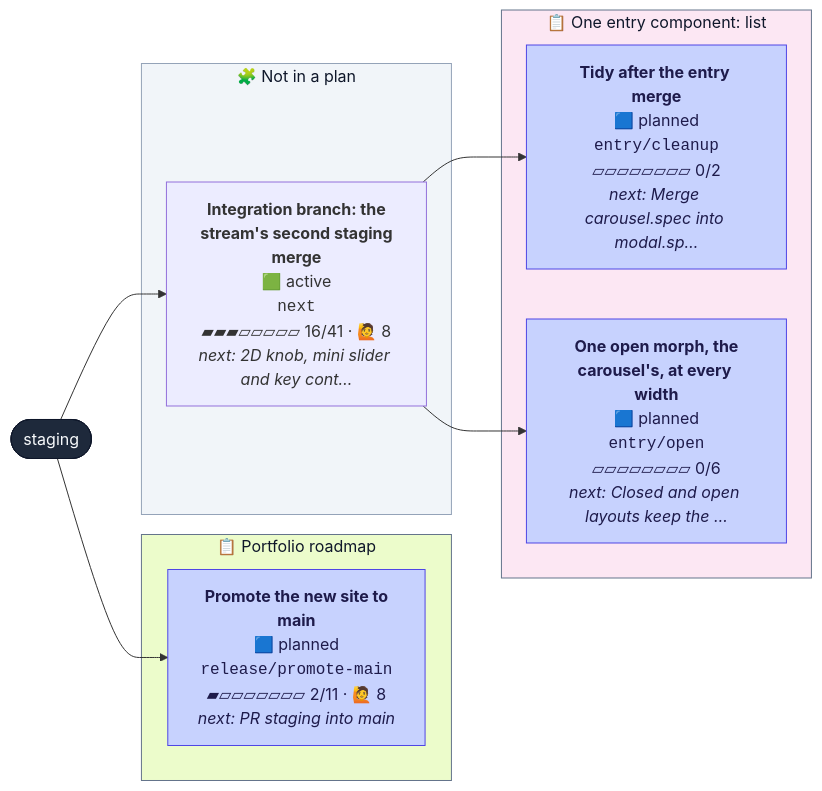
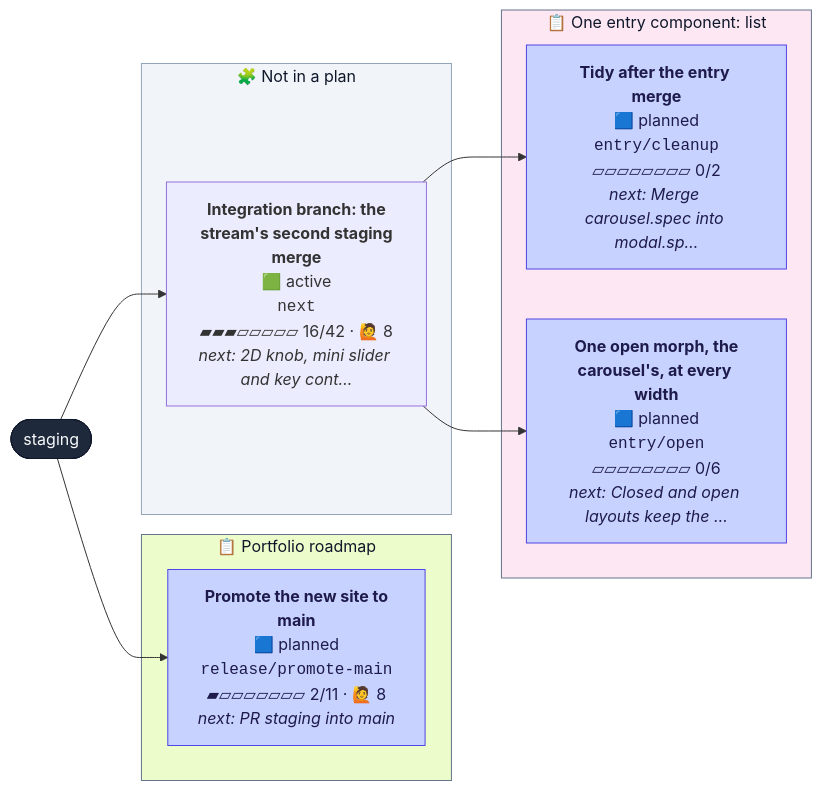
Before and after one commit to henryjonescodes/portfolio: the second of 2 diagrams in CONTRIBUTING.md, drawn with Mermaid. The commit also changed other lines of this file, not shown here.

````diff
--- a/CONTRIBUTING.md
+++ b/CONTRIBUTING.md
@@ -37,33 +37,33 @@
 ```mermaid
 flowchart LR
   n_staging([staging])
   class n_staging trunk
   subgraph plan_1["📋 One entry component: list"]
     n_entry_cleanup["<b>Tidy after the entry merge</b><br/>🟦 planned<br/><code>entry/cleanup</code><br/>▱▱▱▱▱▱▱▱ 0/2<br/><i>next: Merge carousel.spec into modal.sp…</i>"]
     class n_entry_cleanup planned
     n_entry_open["<b>One open morph, the<br/>carousel's, at every width</b><br/>🟦 planned<br/><code>entry/open</code><br/>▱▱▱▱▱▱▱▱ 0/6<br/><i>next: Closed and open layouts keep the …</i>"]
     class n_entry_open planned
   end
   style plan_1 fill:#fce7f3,stroke:#64748b,color:#0f172a
   subgraph plan_2["📋 Portfolio roadmap"]
     n_release_promote_main["<b>Promote the new site to<br/>main</b><br/>🟦 planned<br/><code>release/promote-main</code><br/>▰▱▱▱▱▱▱▱ 2/11 · 🙋 8<br/><i>next: PR staging into main</i>"]
     class n_release_promote_main planned
   end
   style plan_2 fill:#ecfccb,stroke:#64748b,color:#0f172a
   subgraph loose["🧩 Not in a plan"]
-    n_next["<b>Integration branch: the<br/>stream's second staging<br/>merge</b><br/>🟩 active<br/><code>next</code><br/>▰▰▰▱▱▱▱▱ 16/41 · 🙋 8<br/><i>next: 2D knob, mini slider and key cont…</i>"]
+    n_next["<b>Integration branch: the<br/>stream's second staging<br/>merge</b><br/>🟩 active<br/><code>next</code><br/>▰▰▰▱▱▱▱▱ 16/42 · 🙋 8<br/><i>next: 2D knob, mini slider and key cont…</i>"]
     class n_next active,current
   end
   style loose fill:#f1f5f9,stroke:#94a3b8,color:#0f172a
   n_next --> n_entry_cleanup
   n_next --> n_entry_open
   n_staging --> n_next
   n_staging --> n_release_promote_main
   classDef planned fill:#c7d2fe,stroke:#4f46e5,color:#1e1b4b
   classDef sketched fill:#f8fafc,stroke:#64748b,stroke-dasharray:4 3,color:#334155
   classDef active fill:#bbf7d0,stroke:#16a34a,stroke-width:3px,color:#052e16
   classDef review fill:#fde68a,stroke:#d97706,stroke-width:3px,color:#451a03
   classDef blocked fill:#fecaca,stroke:#dc2626,stroke-width:3px,color:#450a0a
   classDef trunk fill:#1e293b,stroke:#0f172a,color:#f8fafc
   classDef current stroke:#0ea5e9,stroke-width:5px
 ```
````
